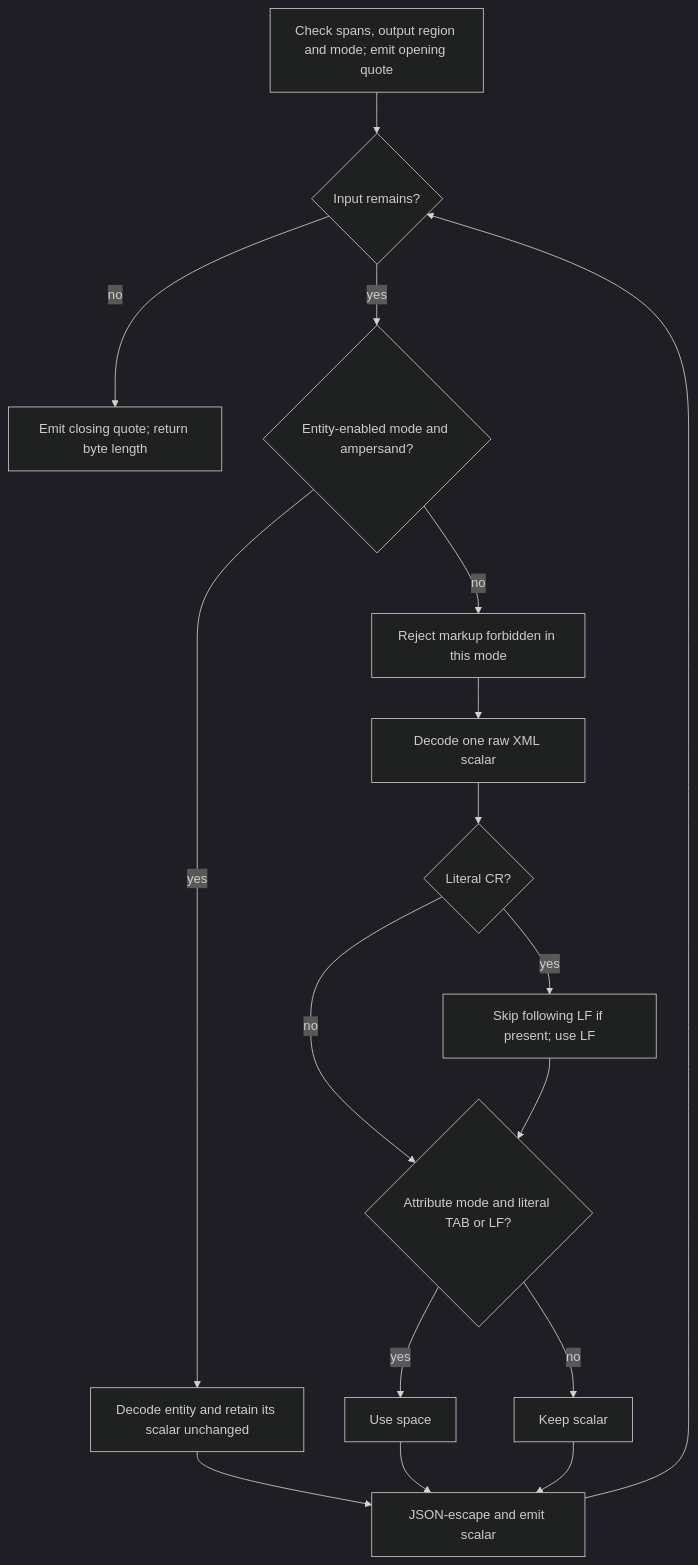
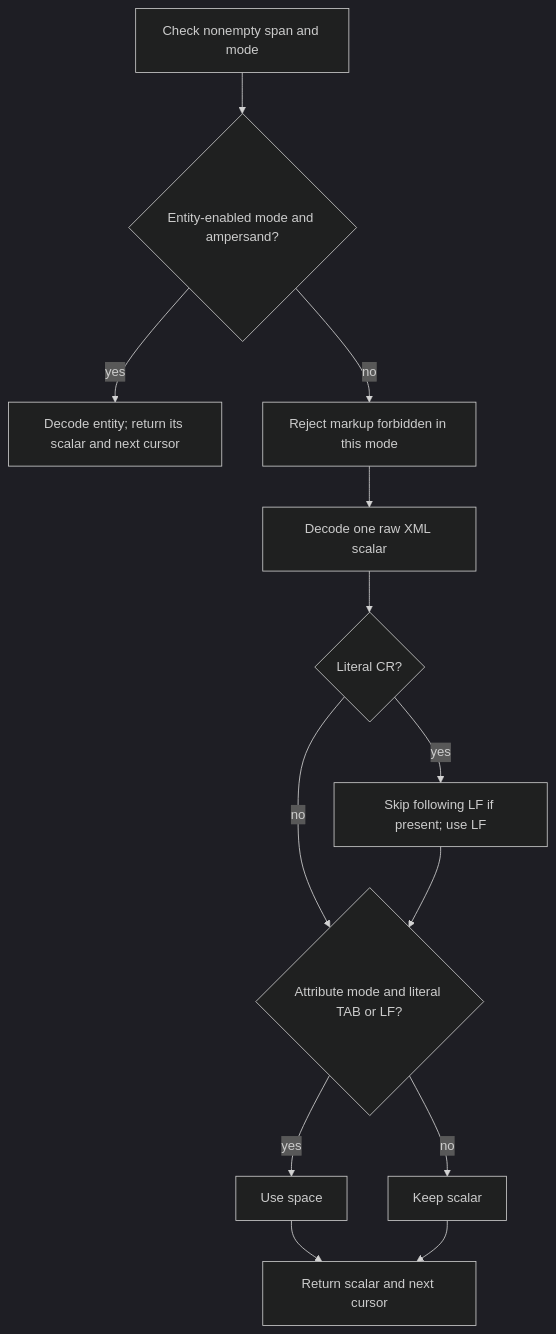
The fourth of 4 diagrams in dev/microwasm/transforms/00-xml-strings.md (macchiato-dev/macchiato), drawn with Mermaid (dark theme) before and after one commit. The commit also changed other lines of this file and 3 other files, not shown here.

````diff
--- a/dev/microwasm/transforms/00-xml-strings.md
+++ b/dev/microwasm/transforms/00-xml-strings.md
@@ -188,19 +193,15 @@
 ```mermaid
 flowchart TD
-  A[Check spans, output region and mode; emit opening quote] --> B{Input remains?}
-  B -- no --> Z[Emit closing quote; return byte length]
-  B -- yes --> C{Entity-enabled mode and ampersand?}
-  C -- yes --> D[Decode entity and retain its scalar unchanged]
+  A[Check nonempty span and mode] --> C{Entity-enabled mode and ampersand?}
+  C -- yes --> D[Decode entity; return its scalar and next cursor]
   C -- no --> E[Reject markup forbidden in this mode]
   E --> F[Decode one raw XML scalar]
   F --> G{Literal CR?}
   G -- yes --> H[Skip following LF if present; use LF]
   G -- no --> I{Attribute mode and literal TAB or LF?}
   H --> I
   I -- yes --> J[Use space]
   I -- no --> K[Keep scalar]
-  D --> O[JSON-escape and emit scalar]
-  J --> O
+  J --> O[Return scalar and next cursor]
   K --> O
-  O --> B
 ```
````
